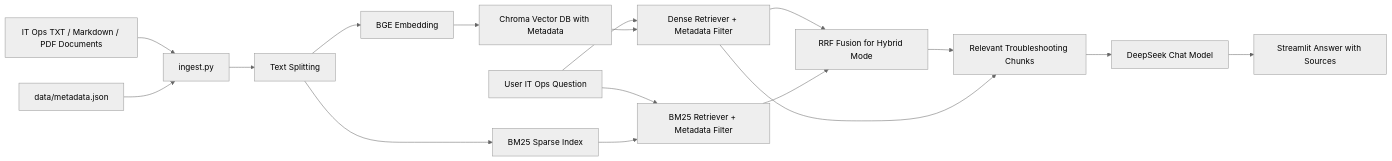
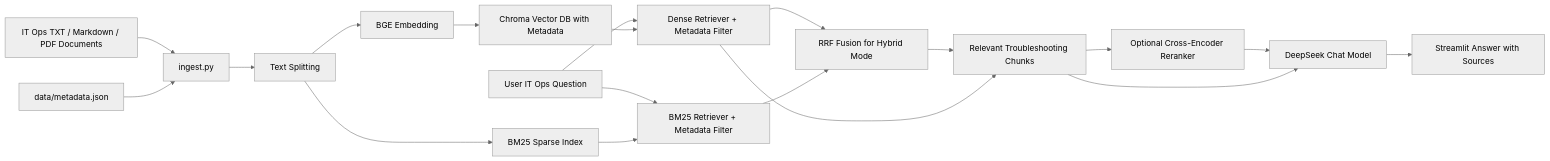
The diagram in README.md (terry-ou05/personal-rag), drawn with Mermaid (neutral theme) before and after one commit. The commit also changed other lines of this file and 16 other files, not shown here.

Commit message:
feat: add cross-encoder reranker experiment

````diff
--- a/README.md
+++ b/README.md
@@ -60,19 +63,21 @@
 ```mermaid
 flowchart LR
     A[IT Ops TXT / Markdown / PDF Documents] --> B[ingest.py]
     M[data/metadata.json] --> B
     B --> C[Text Splitting]
     C --> D[BGE Embedding]
     D --> E[Chroma Vector DB with Metadata]
     C --> S[BM25 Sparse Index]
     F[User IT Ops Question] --> G[Dense Retriever + Metadata Filter]
     F --> K[BM25 Retriever + Metadata Filter]
     E --> G
     S --> K
     G --> R[RRF Fusion for Hybrid Mode]
     K --> R
     R --> H[Relevant Troubleshooting Chunks]
     G --> H
-    H --> I[DeepSeek Chat Model]
+    H --> X[Optional Cross-Encoder Reranker]
+    X --> I[DeepSeek Chat Model]
+    H --> I
     I --> J[Streamlit Answer with Sources]
 ```
````
